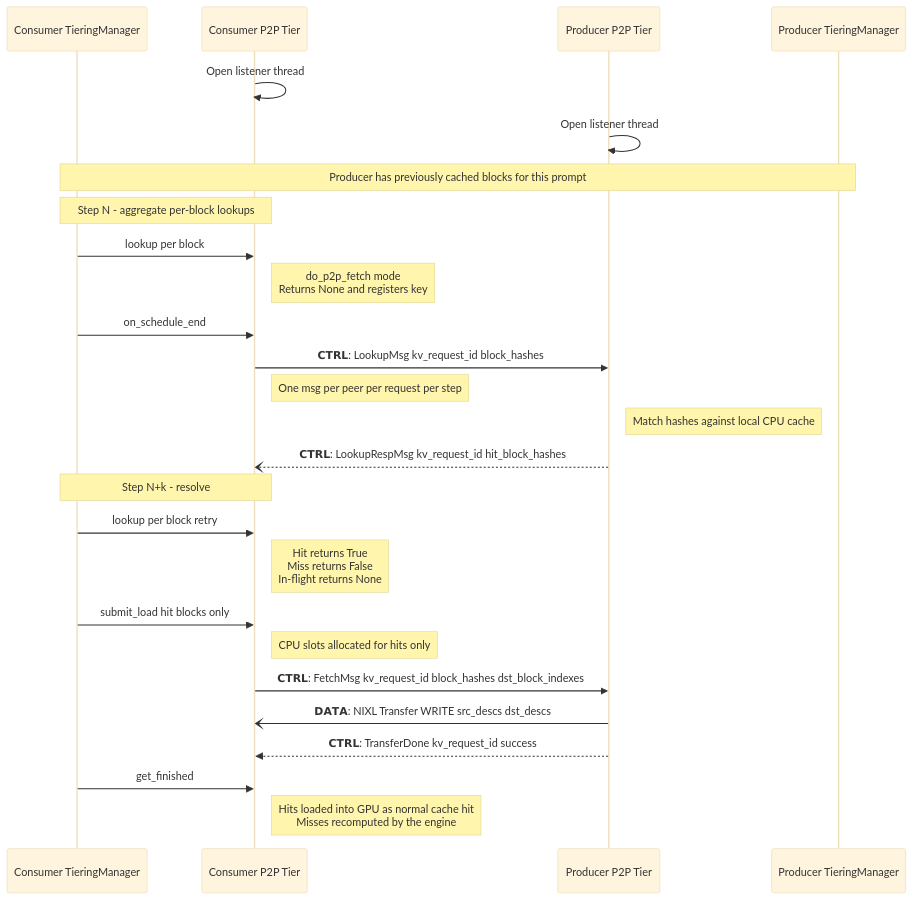
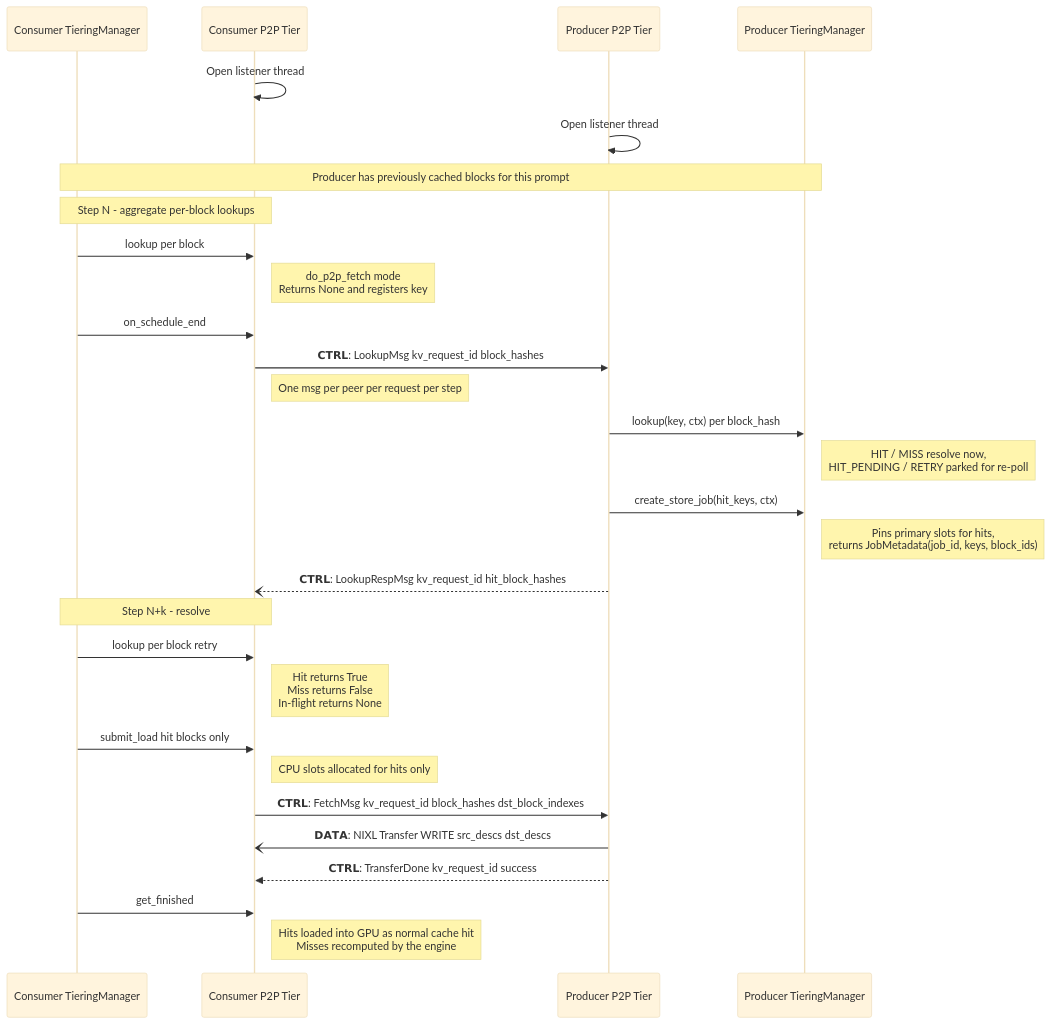
One commit to vllm-project/vllm changed the diagram in vllm/v1/kv_offload/tiering/p2p/p2p-plan.md. Above: the diagram before and after it, drawn with Mermaid (base theme). The commit also changed other lines of this file, not shown here.

````diff
--- a/vllm/v1/kv_offload/tiering/p2p/p2p-plan.md
+++ b/vllm/v1/kv_offload/tiering/p2p/p2p-plan.md
@@ -5,42 +5,45 @@
 ```mermaid
 
 sequenceDiagram
     participant Cons_TM as Consumer TieringManager
     participant Cons_P2P as Consumer P2P Tier
     participant Prod_P2P as Producer P2P Tier
     participant Prod_TM as Producer TieringManager
 
     Cons_P2P->>Cons_P2P: Open listener thread
     Prod_P2P->>Prod_P2P: Open listener thread
 
     Note over Cons_TM,Prod_TM: Producer has previously cached blocks for this prompt
 
     Note over Cons_TM,Cons_P2P: Step N - aggregate per-block lookups
 
     Cons_TM->>Cons_P2P: lookup per block
     Note right of Cons_P2P: do_p2p_fetch mode<br/>Returns None and registers key
 
     Cons_TM->>Cons_P2P: on_schedule_end
     Cons_P2P->>Prod_P2P: 𝗖𝗧𝗥𝗟: LookupMsg kv_request_id block_hashes
     Note right of Cons_P2P: One msg per peer per request per step
 
-    Note right of Prod_P2P: Match hashes against local CPU cache
+    Prod_P2P->>Prod_TM: lookup(key, ctx) per block_hash
+    Note right of Prod_TM: HIT / MISS resolve now,<br/>HIT_PENDING / RETRY parked for re-poll
+    Prod_P2P->>Prod_TM: create_store_job(hit_keys, ctx)
+    Note right of Prod_TM: Pins primary slots for hits,<br/>returns JobMetadata(job_id, keys, block_ids)
 
     Prod_P2P--)Cons_P2P: 𝗖𝗧𝗥𝗟: LookupRespMsg kv_request_id hit_block_hashes
 
     Note over Cons_TM,Cons_P2P: Step N+k - resolve
 
     Cons_TM->>Cons_P2P: lookup per block retry
     Note right of Cons_P2P: Hit returns True<br/>Miss returns False<br/>In-flight returns None
 
     Cons_TM->>Cons_P2P: submit_load hit blocks only
     Note right of Cons_P2P: CPU slots allocated for hits only
 
     Cons_P2P->>Prod_P2P: 𝗖𝗧𝗥𝗟: FetchMsg kv_request_id block_hashes dst_block_indexes
 
     Prod_P2P-)Cons_P2P: 𝗗𝗔𝗧𝗔: NIXL Transfer WRITE src_descs dst_descs
     Prod_P2P-->>Cons_P2P: 𝗖𝗧𝗥𝗟: TransferDone kv_request_id success
 
     Cons_TM->>Cons_P2P: get_finished
     Note right of Cons_P2P: Hits loaded into GPU as normal cache hit<br/>Misses recomputed by the engine
 ```
````
